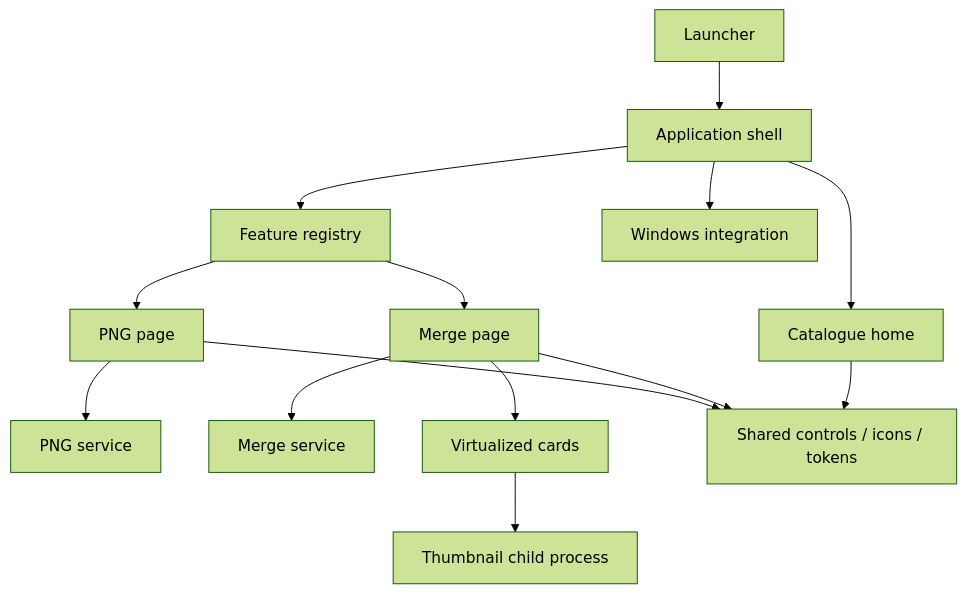
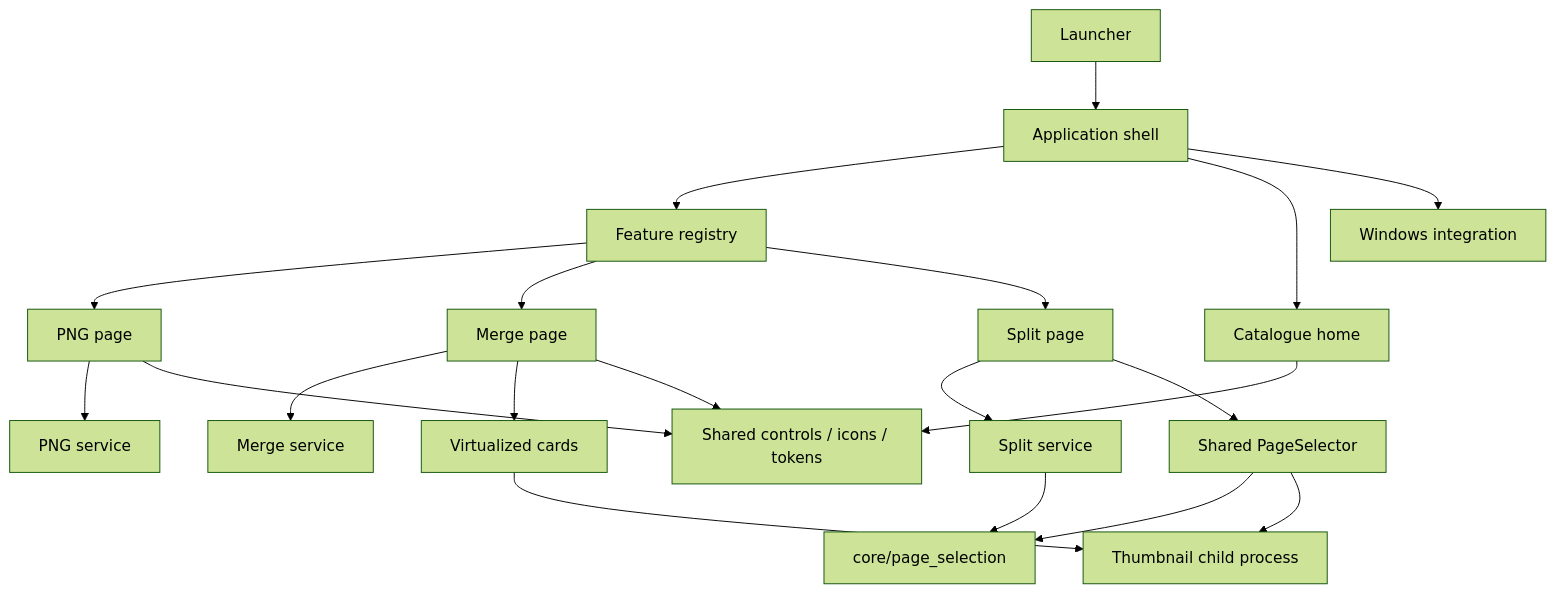
Before and after one commit to Ntdpz/PDF_LoveR: the diagram in docs/ARCHITECTURE.md, drawn with Mermaid (forest theme). The commit also changed other lines of this file and 53 other files, not shown here.

First line of the commit message:
Add reusable page selection and safe PDF splitting in 1.3.0

````diff
--- a/docs/ARCHITECTURE.md
+++ b/docs/ARCHITECTURE.md
@@ -36,16 +38,22 @@
 ```mermaid
 flowchart TD
   Entry[Launcher] --> Shell[Application shell]
   Shell --> Registry[Feature registry]
   Shell --> Home[Catalogue home]
   Shell --> Windows[Windows integration]
   Registry --> PNG[PNG page]
   Registry --> Merge[Merge page]
+  Registry --> Split[Split page]
+  Split --> SplitEngine[Split service]
+  Split --> Selector[Shared PageSelector]
+  Selector --> Selection[core/page_selection]
+  SplitEngine --> Selection
+  Selector --> Preview
   PNG --> PNGEngine[PNG service]
   Merge --> MergeEngine[Merge service]
   Merge --> Cards[Virtualized cards]
   Cards --> Preview[Thumbnail child process]
   PNG --> UI[Shared controls / icons / tokens]
   Merge --> UI
   Home --> UI
 ```
````
